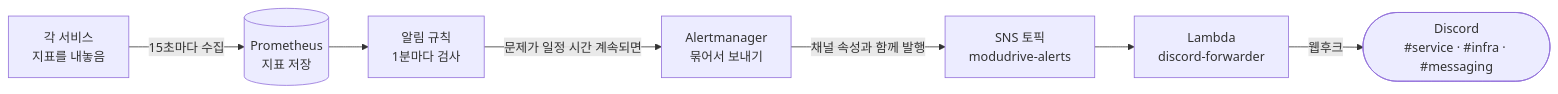
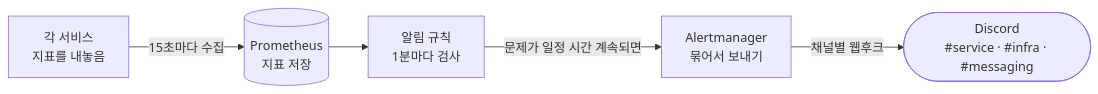
One commit to rivertw777/ModuDrive-API changed the first of 2 diagrams in .docs/spec/008-discord-alert-spec.md. Above: the diagram before and after it, drawn with Mermaid. The commit also changed other lines of this file and 20 other files, not shown here.

First line of the commit message:
refactor: send local logs over otlp, alerts to discord (#698)

````diff
--- a/.docs/spec/008-discord-alert-spec.md
+++ b/.docs/spec/008-discord-alert-spec.md
@@ -44,17 +44,13 @@
 ```mermaid
 flowchart LR
     M["각 서비스<br/>지표를 내놓음"]
     P[("Prometheus<br/>지표 저장")]
     R["알림 규칙<br/>1분마다 검사"]
     A["Alertmanager<br/>묶어서 보내기"]
-    S["SNS 토픽<br/>modudrive-alerts"]
-    L["Lambda<br/>discord-forwarder"]
     D(["Discord<br/>#service · #infra · #messaging"])
 
     M -- "15초마다 수집" --> P
     P --> R
     R -- "문제가 일정 시간 계속되면" --> A
-    A -- "채널 속성과 함께 발행" --> S
-    S --> L
-    L -- "웹후크" --> D
+    A -- "채널별 웹후크" --> D
 ```
````
